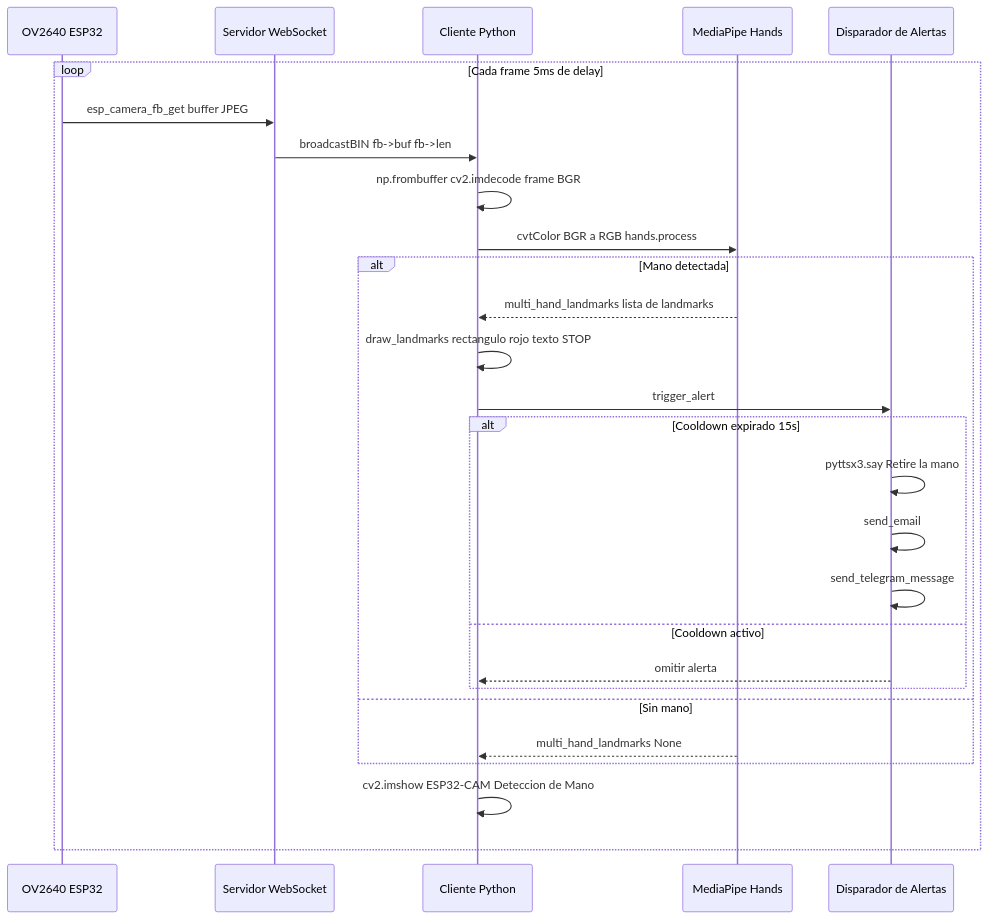
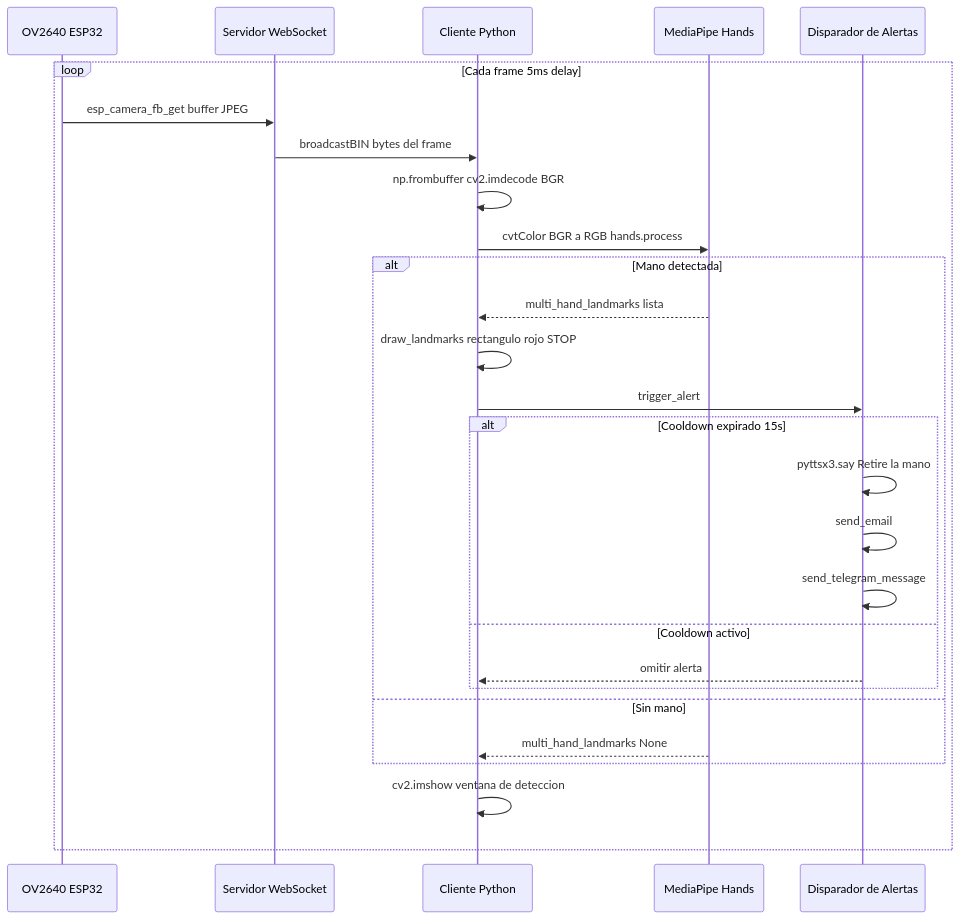
Before and after one commit to jorgefajardom-coder/esp32cam-hand-detection-safety-system: the sixth of 8 diagrams in README.md, drawn with Mermaid. The commit also changed other lines of this file, not shown here.

````diff
--- a/README.md
+++ b/README.md
@@ -584,33 +582,33 @@
 ```mermaid
 sequenceDiagram
     participant CAM as OV2640 ESP32
     participant WS as Servidor WebSocket
     participant PY as Cliente Python
     participant MP as MediaPipe Hands
     participant AL as Disparador de Alertas
 
-    loop Cada frame 5ms de delay
+    loop Cada frame 5ms delay
         CAM->>WS: esp_camera_fb_get buffer JPEG
-        WS->>PY: broadcastBIN fb->buf fb->len
-        PY->>PY: np.frombuffer cv2.imdecode frame BGR
+        WS->>PY: broadcastBIN bytes del frame
+        PY->>PY: np.frombuffer cv2.imdecode BGR
         PY->>MP: cvtColor BGR a RGB hands.process
 
         alt Mano detectada
-            MP-->>PY: multi_hand_landmarks lista de landmarks
-            PY->>PY: draw_landmarks rectangulo rojo texto STOP
+            MP-->>PY: multi_hand_landmarks lista
+            PY->>PY: draw_landmarks rectangulo rojo STOP
             PY->>AL: trigger_alert
 
             alt Cooldown expirado 15s
                 AL->>AL: pyttsx3.say Retire la mano
                 AL->>AL: send_email
                 AL->>AL: send_telegram_message
             else Cooldown activo
                 AL-->>PY: omitir alerta
             end
         else Sin mano
             MP-->>PY: multi_hand_landmarks None
         end
 
-        PY->>PY: cv2.imshow ESP32-CAM Deteccion de Mano
+        PY->>PY: cv2.imshow ventana de deteccion
     end
 ```
````
